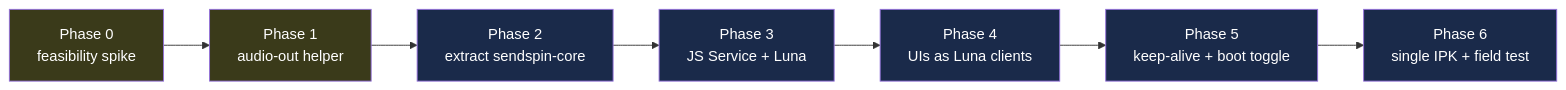
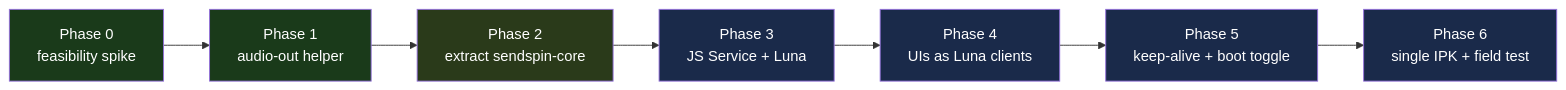
One commit to daredoes/sendspin-webos changed the first of 2 diagrams in docs/PROGRESS.md. Above: the diagram before and after it, drawn with Mermaid. The commit also changed other lines of this file and 3 other files, not shown here.

````diff
--- a/docs/PROGRESS.md
+++ b/docs/PROGRESS.md
@@ -13,17 +13,17 @@
 ```mermaid
 flowchart LR
     P0[Phase 0<br/>feasibility spike] --> P1[Phase 1<br/>audio-out helper]
     P1 --> P2[Phase 2<br/>extract sendspin-core]
     P2 --> P3[Phase 3<br/>JS Service + Luna]
     P3 --> P4[Phase 4<br/>UIs as Luna clients]
     P4 --> P5[Phase 5<br/>keep-alive + boot toggle]
     P5 --> P6[Phase 6<br/>single IPK + field test]
 
-    style P0 fill:#3a3a1a,color:#fff
-    style P1 fill:#3a3a1a,color:#fff
-    style P2 fill:#1a2a4a,color:#fff
+    style P0 fill:#1a3a1a,color:#fff
+    style P1 fill:#1a3a1a,color:#fff
+    style P2 fill:#2a3a1a,color:#fff
     style P3 fill:#1a2a4a,color:#fff
     style P4 fill:#1a2a4a,color:#fff
     style P5 fill:#1a2a4a,color:#fff
     style P6 fill:#1a2a4a,color:#fff
 ```
````
